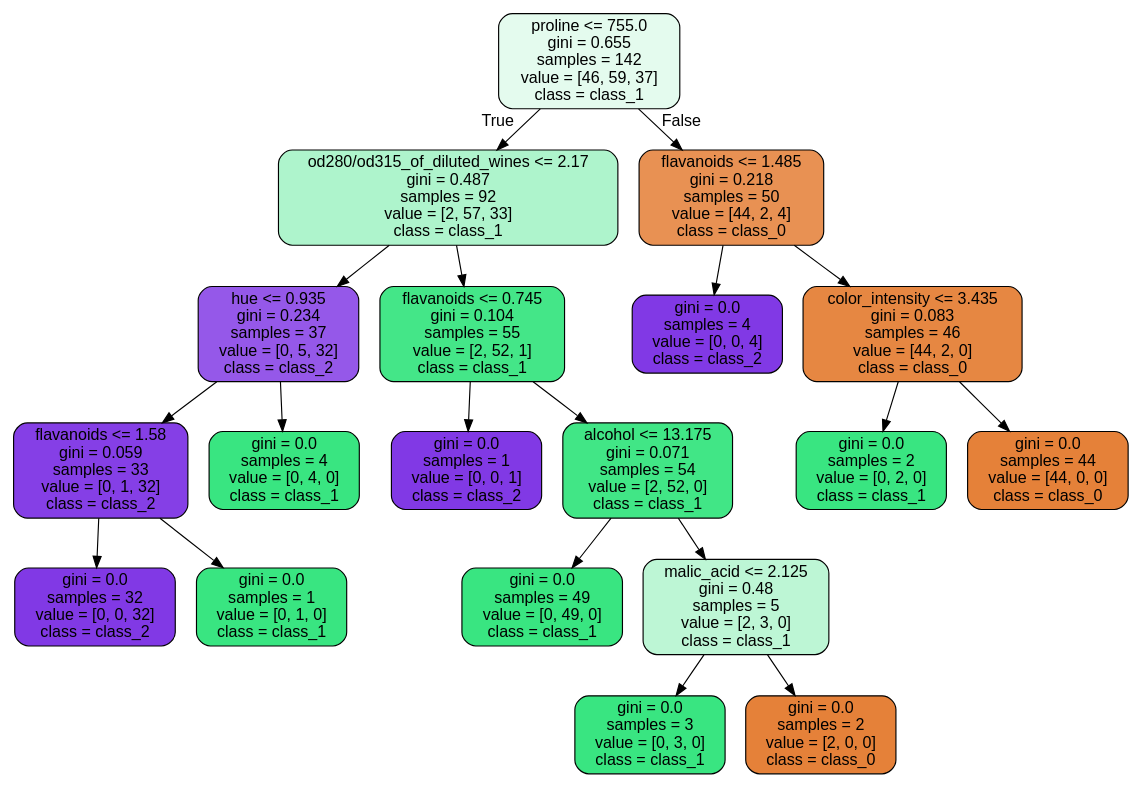
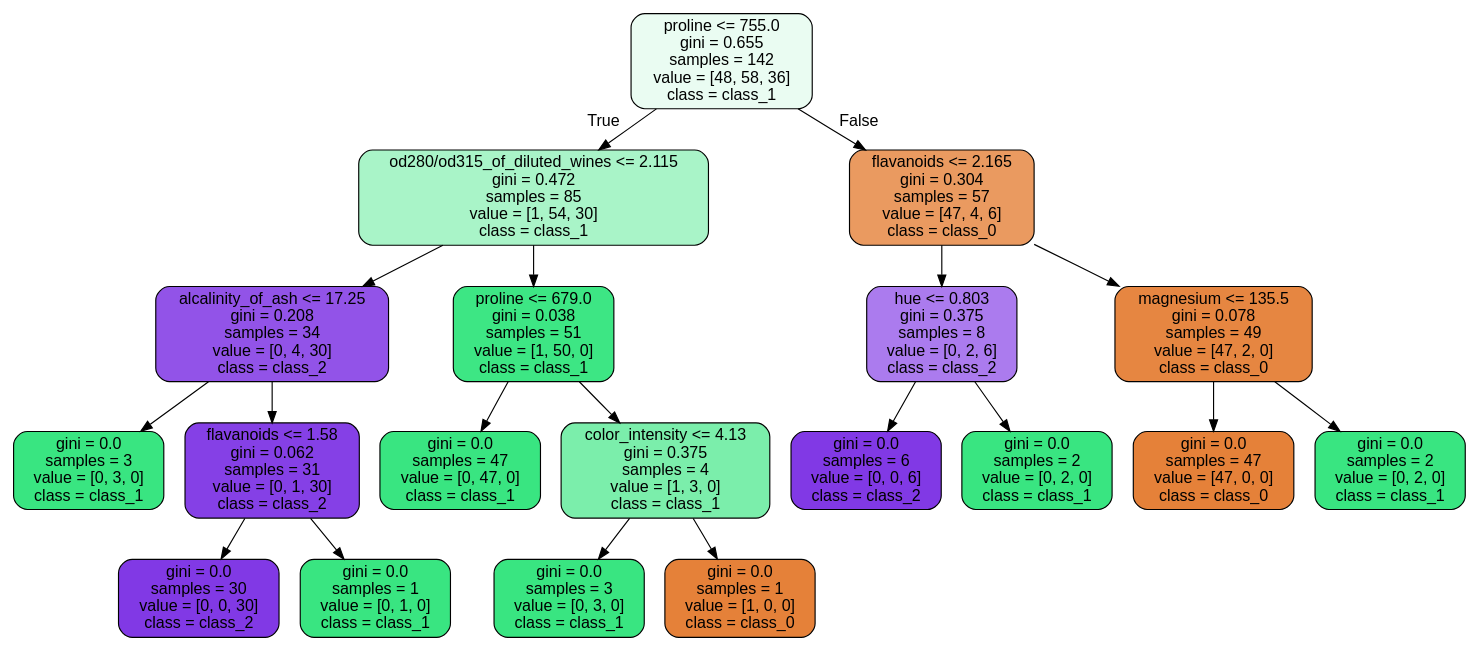
One commit to JoseDeJesusMendozaBecerril/Practica4_MineriaDeDatos changed the diagram in images/decision_trees/wine_tree_train.dot. Above: the diagram before and after it, drawn with Graphviz. The commit also changed 10 other files, not shown here.

```diff
--- a/images/decision_trees/wine_tree_train.dot
+++ b/images/decision_trees/wine_tree_train.dot
@@ -1,41 +1,41 @@
 digraph Tree {
 node [shape=box, style="filled, rounded", color="black", fontname=helvetica] ;
 edge [fontname=helvetica] ;
-0 [label="proline <= 755.0\ngini = 0.655\nsamples = 142\nvalue = [46, 59, 37]\nclass = class_1", fillcolor="#e4fbee"] ;
-1 [label="od280/od315_of_diluted_wines <= 2.17\ngini = 0.487\nsamples = 92\nvalue = [2, 57, 33]\nclass = class_1", fillcolor="#aef4cc"] ;
+0 [label="proline <= 755.0\ngini = 0.655\nsamples = 142\nvalue = [48, 58, 36]\nclass = class_1", fillcolor="#eafcf2"] ;
+1 [label="od280/od315_of_diluted_wines <= 2.115\ngini = 0.472\nsamples = 85\nvalue = [1, 54, 30]\nclass = class_1", fillcolor="#a9f4c8"] ;
 0 -> 1 [labeldistance=2.5, labelangle=45, headlabel="True"] ;
-2 [label="hue <= 0.935\ngini = 0.234\nsamples = 37\nvalue = [0, 5, 32]\nclass = class_2", fillcolor="#9558e9"] ;
+2 [label="alcalinity_of_ash <= 17.25\ngini = 0.208\nsamples = 34\nvalue = [0, 4, 30]\nclass = class_2", fillcolor="#9253e8"] ;
 1 -> 2 ;
-3 [label="flavanoids <= 1.58\ngini = 0.059\nsamples = 33\nvalue = [0, 1, 32]\nclass = class_2", fillcolor="#853fe6"] ;
+3 [label="gini = 0.0\nsamples = 3\nvalue = [0, 3, 0]\nclass = class_1", fillcolor="#39e581"] ;
 2 -> 3 ;
-4 [label="gini = 0.0\nsamples = 32\nvalue = [0, 0, 32]\nclass = class_2", fillcolor="#8139e5"] ;
-3 -> 4 ;
-5 [label="gini = 0.0\nsamples = 1\nvalue = [0, 1, 0]\nclass = class_1", fillcolor="#39e581"] ;
-3 -> 5 ;
-6 [label="gini = 0.0\nsamples = 4\nvalue = [0, 4, 0]\nclass = class_1", fillcolor="#39e581"] ;
-2 -> 6 ;
-7 [label="flavanoids <= 0.745\ngini = 0.104\nsamples = 55\nvalue = [2, 52, 1]\nclass = class_1", fillcolor="#44e688"] ;
+4 [label="flavanoids <= 1.58\ngini = 0.062\nsamples = 31\nvalue = [0, 1, 30]\nclass = class_2", fillcolor="#8540e6"] ;
+2 -> 4 ;
+5 [label="gini = 0.0\nsamples = 30\nvalue = [0, 0, 30]\nclass = class_2", fillcolor="#8139e5"] ;
+4 -> 5 ;
+6 [label="gini = 0.0\nsamples = 1\nvalue = [0, 1, 0]\nclass = class_1", fillcolor="#39e581"] ;
+4 -> 6 ;
+7 [label="proline <= 679.0\ngini = 0.038\nsamples = 51\nvalue = [1, 50, 0]\nclass = class_1", fillcolor="#3de684"] ;
 1 -> 7 ;
-8 [label="gini = 0.0\nsamples = 1\nvalue = [0, 0, 1]\nclass = class_2", fillcolor="#8139e5"] ;
+8 [label="gini = 0.0\nsamples = 47\nvalue = [0, 47, 0]\nclass = class_1", fillcolor="#39e581"] ;
 7 -> 8 ;
-9 [label="alcohol <= 13.175\ngini = 0.071\nsamples = 54\nvalue = [2, 52, 0]\nclass = class_1", fillcolor="#41e686"] ;
+9 [label="color_intensity <= 4.13\ngini = 0.375\nsamples = 4\nvalue = [1, 3, 0]\nclass = class_1", fillcolor="#7beeab"] ;
 7 -> 9 ;
-10 [label="gini = 0.0\nsamples = 49\nvalue = [0, 49, 0]\nclass = class_1", fillcolor="#39e581"] ;
+10 [label="gini = 0.0\nsamples = 3\nvalue = [0, 3, 0]\nclass = class_1", fillcolor="#39e581"] ;
 9 -> 10 ;
-11 [label="malic_acid <= 2.125\ngini = 0.48\nsamples = 5\nvalue = [2, 3, 0]\nclass = class_1", fillcolor="#bdf6d5"] ;
+11 [label="gini = 0.0\nsamples = 1\nvalue = [1, 0, 0]\nclass = class_0", fillcolor="#e58139"] ;
 9 -> 11 ;
-12 [label="gini = 0.0\nsamples = 3\nvalue = [0, 3, 0]\nclass = class_1", fillcolor="#39e581"] ;
-11 -> 12 ;
-13 [label="gini = 0.0\nsamples = 2\nvalue = [2, 0, 0]\nclass = class_0", fillcolor="#e58139"] ;
-11 -> 13 ;
-14 [label="flavanoids <= 1.485\ngini = 0.218\nsamples = 50\nvalue = [44, 2, 4]\nclass = class_0", fillcolor="#e89153"] ;
-0 -> 14 [labeldistance=2.5, labelangle=-45, headlabel="False"] ;
-15 [label="gini = 0.0\nsamples = 4\nvalue = [0, 0, 4]\nclass = class_2", fillcolor="#8139e5"] ;
-14 -> 15 ;
-16 [label="color_intensity <= 3.435\ngini = 0.083\nsamples = 46\nvalue = [44, 2, 0]\nclass = class_0", fillcolor="#e68742"] ;
-14 -> 16 ;
-17 [label="gini = 0.0\nsamples = 2\nvalue = [0, 2, 0]\nclass = class_1", fillcolor="#39e581"] ;
+12 [label="flavanoids <= 2.165\ngini = 0.304\nsamples = 57\nvalue = [47, 4, 6]\nclass = class_0", fillcolor="#ea9a60"] ;
+0 -> 12 [labeldistance=2.5, labelangle=-45, headlabel="False"] ;
+13 [label="hue <= 0.803\ngini = 0.375\nsamples = 8\nvalue = [0, 2, 6]\nclass = class_2", fillcolor="#ab7bee"] ;
+12 -> 13 ;
+14 [label="gini = 0.0\nsamples = 6\nvalue = [0, 0, 6]\nclass = class_2", fillcolor="#8139e5"] ;
+13 -> 14 ;
+15 [label="gini = 0.0\nsamples = 2\nvalue = [0, 2, 0]\nclass = class_1", fillcolor="#39e581"] ;
+13 -> 15 ;
+16 [label="magnesium <= 135.5\ngini = 0.078\nsamples = 49\nvalue = [47, 2, 0]\nclass = class_0", fillcolor="#e68641"] ;
+12 -> 16 ;
+17 [label="gini = 0.0\nsamples = 47\nvalue = [47, 0, 0]\nclass = class_0", fillcolor="#e58139"] ;
 16 -> 17 ;
-18 [label="gini = 0.0\nsamples = 44\nvalue = [44, 0, 0]\nclass = class_0", fillcolor="#e58139"] ;
+18 [label="gini = 0.0\nsamples = 2\nvalue = [0, 2, 0]\nclass = class_1", fillcolor="#39e581"] ;
 16 -> 18 ;
 }
```
